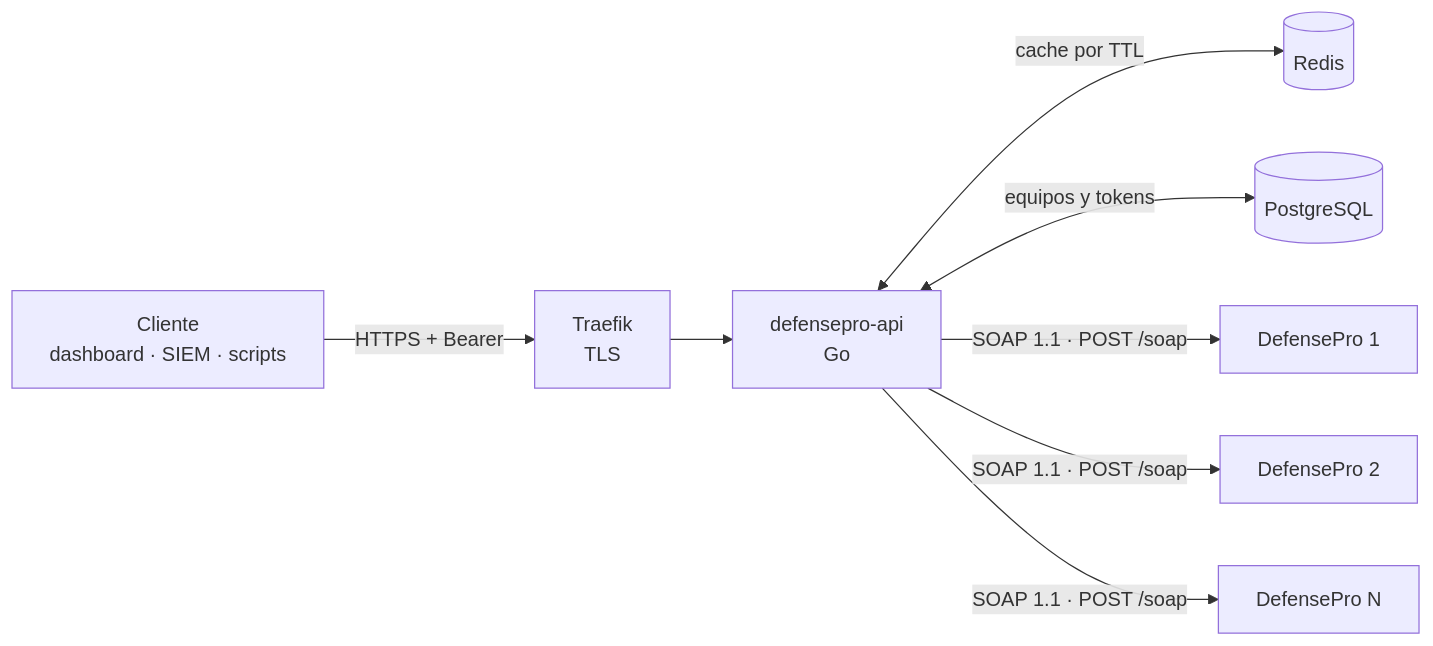
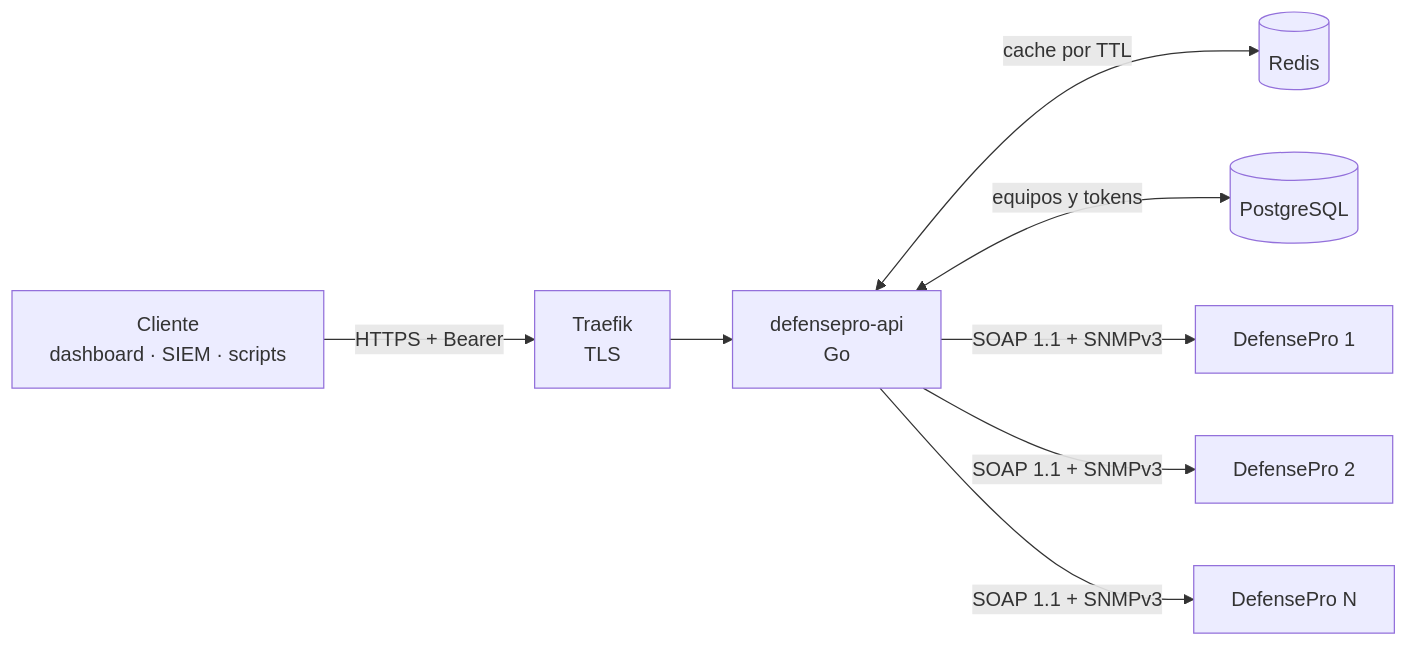
One commit to cloudfactorybo/APIDefensePro changed the diagram in README.md. Above: the diagram before and after it, drawn with Mermaid. The commit also changed other lines of this file and 24 other files, not shown here.

````diff
--- a/README.md
+++ b/README.md
@@ -42,10 +43,10 @@
 ```mermaid
 flowchart LR
     C[Cliente<br/>dashboard · SIEM · scripts] -->|HTTPS + Bearer| T[Traefik<br/>TLS]
     T --> A[defensepro-api<br/>Go]
     A <-->|cache por TTL| R[(Redis)]
     A <-->|equipos y tokens| P[(PostgreSQL)]
-    A -->|SOAP 1.1 · POST /soap| D1[DefensePro 1]
-    A -->|SOAP 1.1 · POST /soap| D2[DefensePro 2]
-    A -->|SOAP 1.1 · POST /soap| DN[DefensePro N]
+    A -->|SOAP 1.1 + SNMPv3| D1[DefensePro 1]
+    A -->|SOAP 1.1 + SNMPv3| D2[DefensePro 2]
+    A -->|SOAP 1.1 + SNMPv3| DN[DefensePro N]
 ```
````
